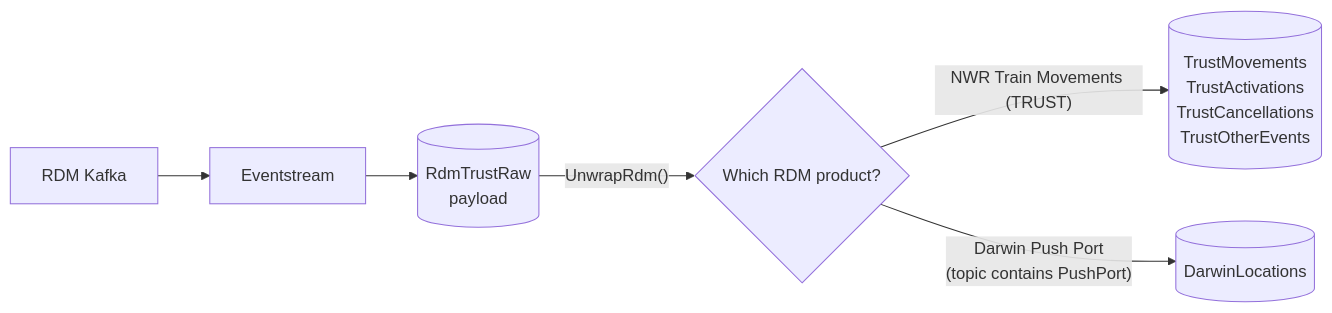
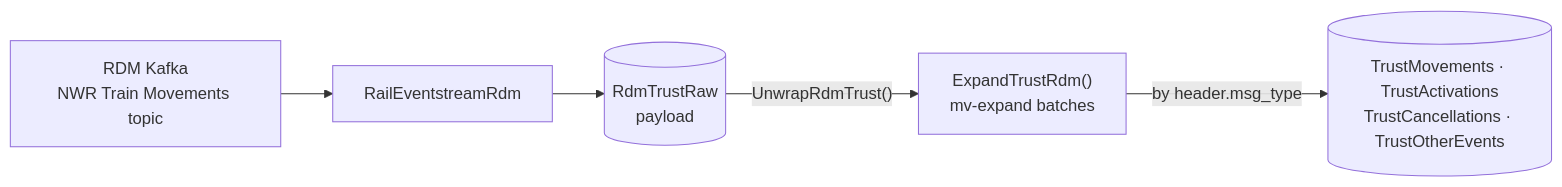
The diagram in docs/labs/04-rdm-kafka-eventstream.md (ShaneOsborne/Real-Time-Rail-Intelligence-on-Microsoft-Fabric), drawn with Mermaid before and after one commit. The commit also changed other lines of this file and 20 other files, not shown here.

First line of the commit message:
Add optional Darwin Push Port integration (Lab 04b)

````diff
--- a/docs/labs/04-rdm-kafka-eventstream.md
+++ b/docs/labs/04-rdm-kafka-eventstream.md
@@ -91,7 +91,6 @@
 ```mermaid
 flowchart LR
-  K[RDM Kafka] --> ES[Eventstream] --> RAW[(RdmTrustRaw\npayload)]
-  RAW -- "UnwrapRdm()" --> U{Which RDM product?}
-  U -- "NWR Train Movements (TRUST)" --> T[(TrustMovements\nTrustActivations\nTrustCancellations\nTrustOtherEvents)]
-  U -- "Darwin Push Port\n(topic contains PushPort)" --> D[(DarwinLocations)]
+  K["RDM Kafka<br/>NWR Train Movements topic"] --> ES[RailEventstreamRdm] --> RAW[("RdmTrustRaw<br/>payload")]
+  RAW -- "UnwrapRdmTrust()" --> X["ExpandTrustRdm()<br/>mv-expand batches"]
+  X -- "by header.msg_type" --> T[("TrustMovements · TrustActivations<br/>TrustCancellations · TrustOtherEvents")]
 ```
````
